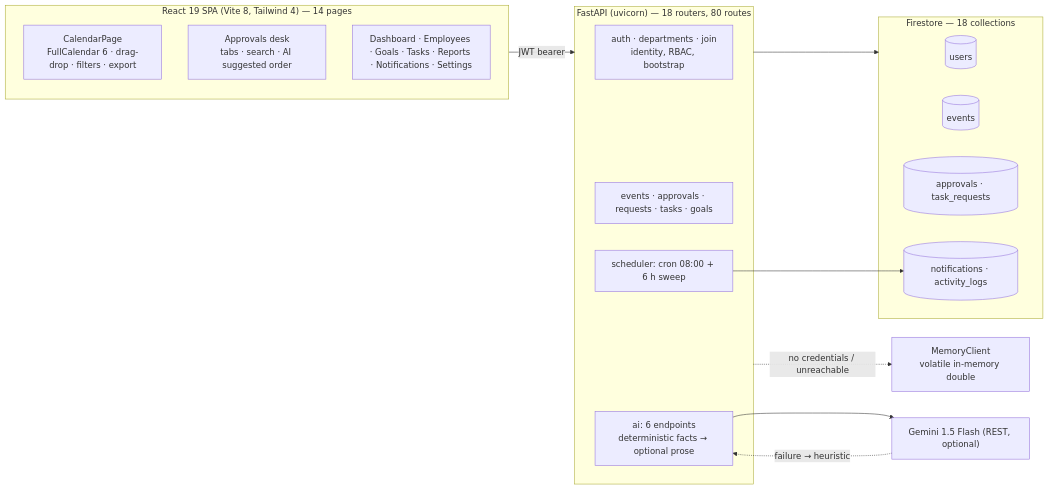
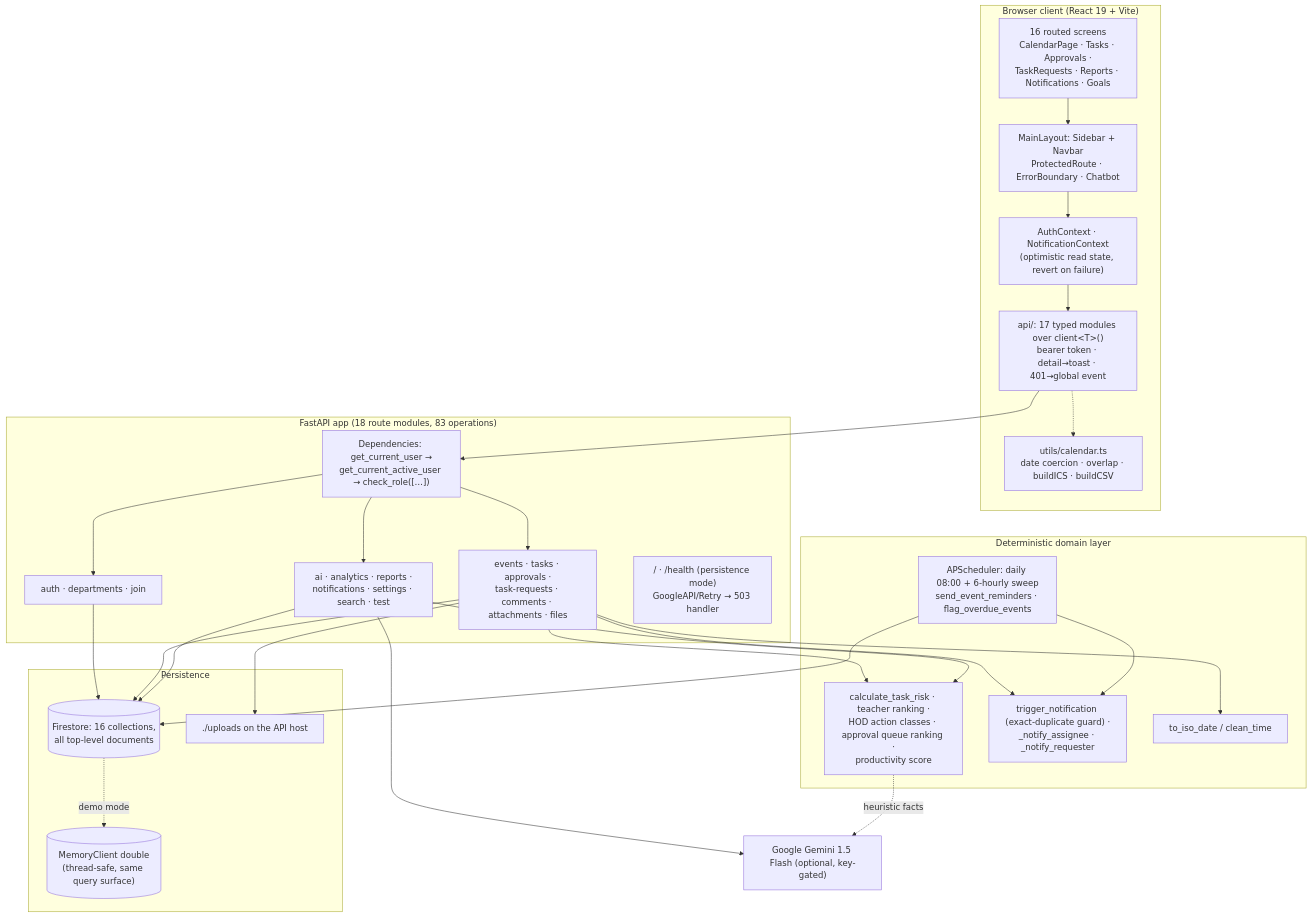
The first of 4 diagrams in docs/RESEARCH_PAPER.md (Parthwadekar40/Hiera_Sync), drawn with Mermaid before and after one commit. The commit also changed other lines of this file and 24 other files, not shown here.

````diff
--- a/docs/RESEARCH_PAPER.md
+++ b/docs/RESEARCH_PAPER.md
@@ -235,28 +369,41 @@
 ```mermaid
-flowchart LR
-  subgraph Client["React 19 SPA (Vite 8, Tailwind 4) — 14 pages"]
-    CAL["CalendarPage<br/>FullCalendar 6 · drag-drop · filters · export"]
-    APPR["Approvals desk<br/>tabs · search · AI suggested order"]
-    OTH["Dashboard · Employees · Goals · Tasks · Reports · Notifications · Settings"]
+flowchart TB
+  subgraph CL["Browser client (React 19 + Vite)"]
+    P["16 routed screens<br/>CalendarPage · Tasks · Approvals ·<br/>TaskRequests · Reports · Notifications · Goals"]
+    L["MainLayout: Sidebar + Navbar<br/>ProtectedRoute · ErrorBoundary · Chatbot"]
+    S["AuthContext · NotificationContext<br/>(optimistic read state, revert on failure)"]
+    A["api/: 17 typed modules over client&lt;T&gt;()<br/>bearer token · detail→toast · 401→global event"]
+    X["utils/calendar.ts<br/>date coercion · overlap · buildICS · buildCSV"]
   end
-  subgraph API["FastAPI (uvicorn) — 18 routers, 80 routes"]
-    AUTH["auth · departments · join<br/>identity, RBAC, bootstrap"]
-    CORE["events · approvals · requests · tasks · goals"]
-    AI["ai: 6 endpoints<br/>deterministic facts → optional prose"]
-    SCH["scheduler: cron 08:00 + 6 h sweep"]
+  subgraph API["FastAPI app (18 route modules, 83 operations)"]
+    DEP["Dependencies: get_current_user →<br/>get_current_active_user → check_role([…])"]
+    R1["auth · departments · join"]
+    R2["events · tasks · approvals ·<br/>task-requests · comments · attachments · files"]
+    R3["ai · analytics · reports ·<br/>notifications · settings · search · test"]
+    HM["/ · /health (persistence mode)<br/>GoogleAPI/Retry → 503 handler"]
   end
-  subgraph Data["Firestore — 18 collections"]
-    U[("users")]
-    E[("events")]
-    A[("approvals · task_requests")]
-    N[("notifications · activity_logs")]
+  subgraph DOM["Deterministic domain layer"]
+    HK["calculate_task_risk · teacher ranking ·<br/>HOD action classes · approval queue ranking ·<br/>productivity score"]
+    NF["trigger_notification (exact-duplicate guard) ·<br/>_notify_assignee · _notify_requester"]
+    DT["to_iso_date / clean_time"]
+    SCH["APScheduler: daily 08:00 + 6-hourly sweep<br/>send_event_reminders · flag_overdue_events"]
   end
-  MEM["MemoryClient<br/>volatile in-memory double"]
-  GEM["Gemini 1.5 Flash (REST, optional)"]
-  Client -->|JWT bearer| API
-  API --> Data
-  API -.->|no credentials / unreachable| MEM
-  AI --> GEM
-  GEM -.->|failure → heuristic| AI
-  SCH --> N
+  subgraph PR["Persistence"]
+    FS[("Firestore: 16 collections,<br/>all top-level documents")]
+    MEM[("MemoryClient double<br/>(thread-safe, same query surface)")]
+    UPL["./uploads on the API host"]
+  end
+  EXT["Google Gemini 1.5 Flash (optional, key-gated)"]
+
+  P --> L --> S --> A --> DEP
+  A -.-> X
+  DEP --> R1 & R2 & R3
+  R2 --> HK & NF & DT
+  R3 --> HK
+  SCH --> NF
+  R3 --> EXT
+  R1 & R2 & R3 & SCH --> FS
+  FS -. demo mode .-> MEM
+  R2 --> UPL
+  HK -. "heuristic facts" .-> EXT
 ```
````
